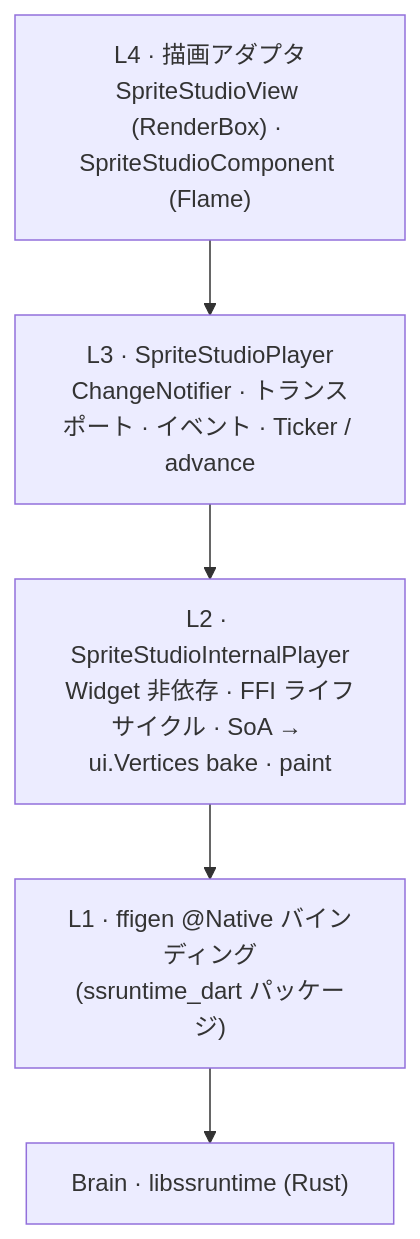
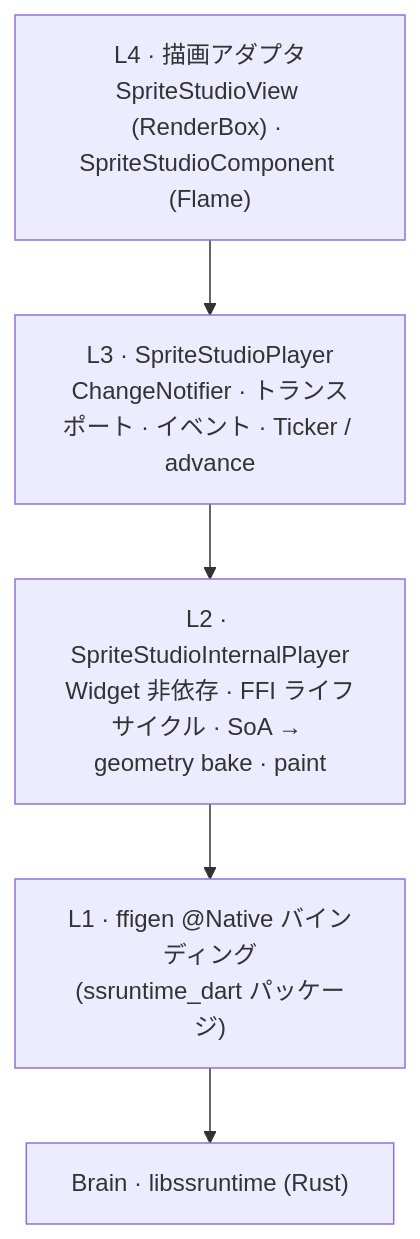
Before and after one commit to cri-middleware/SSPlayerForFlutter: the diagram in docs/ja/contributing/architecture.md, drawn with Mermaid. The commit also changed other lines of this file and 15 other files, not shown here.

````diff
--- a/docs/ja/contributing/architecture.md
+++ b/docs/ja/contributing/architecture.md
@@ -12,9 +12,9 @@
 ```mermaid
 flowchart TD
     L4["L4 · 描画アダプタ<br/>SpriteStudioView (RenderBox) · SpriteStudioComponent (Flame)"]
     L3["L3 · SpriteStudioPlayer<br/>ChangeNotifier · トランスポート · イベント · Ticker / advance"]
-    L2["L2 · SpriteStudioInternalPlayer<br/>Widget 非依存 · FFI ライフサイクル · SoA → ui.Vertices bake · paint"]
+    L2["L2 · SpriteStudioInternalPlayer<br/>Widget 非依存 · FFI ライフサイクル · SoA → geometry bake · paint"]
     L1["L1 · ffigen @Native バインディング<br/>(ssruntime_dart パッケージ)"]
     Brain["Brain · libssruntime (Rust)"]
     L4 --> L3 --> L2 --> L1 --> Brain
 ```
````
